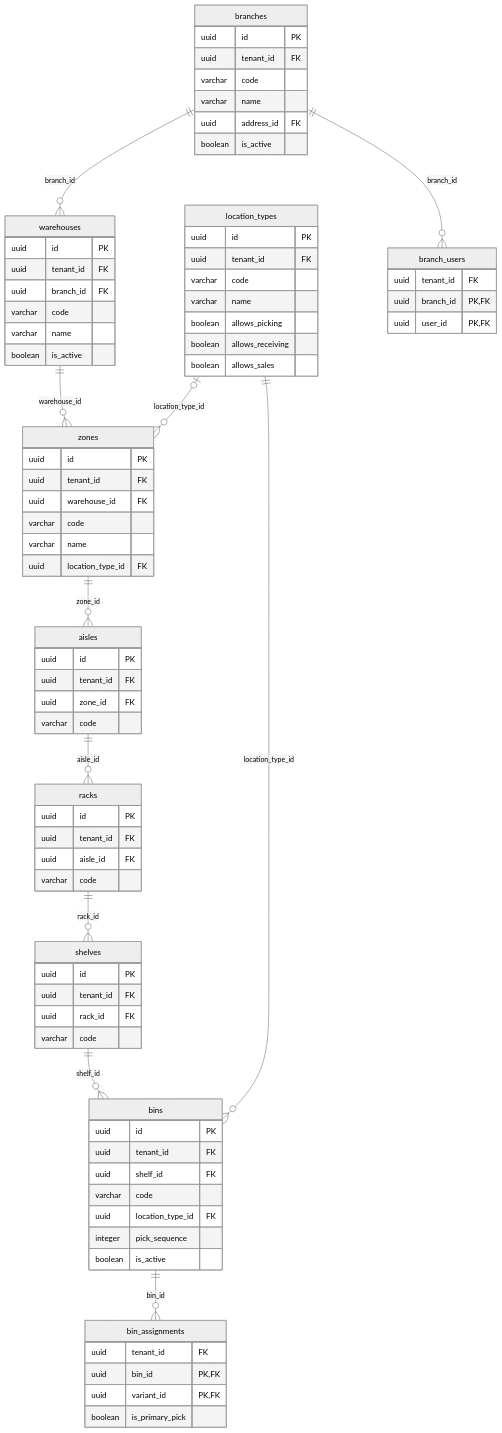
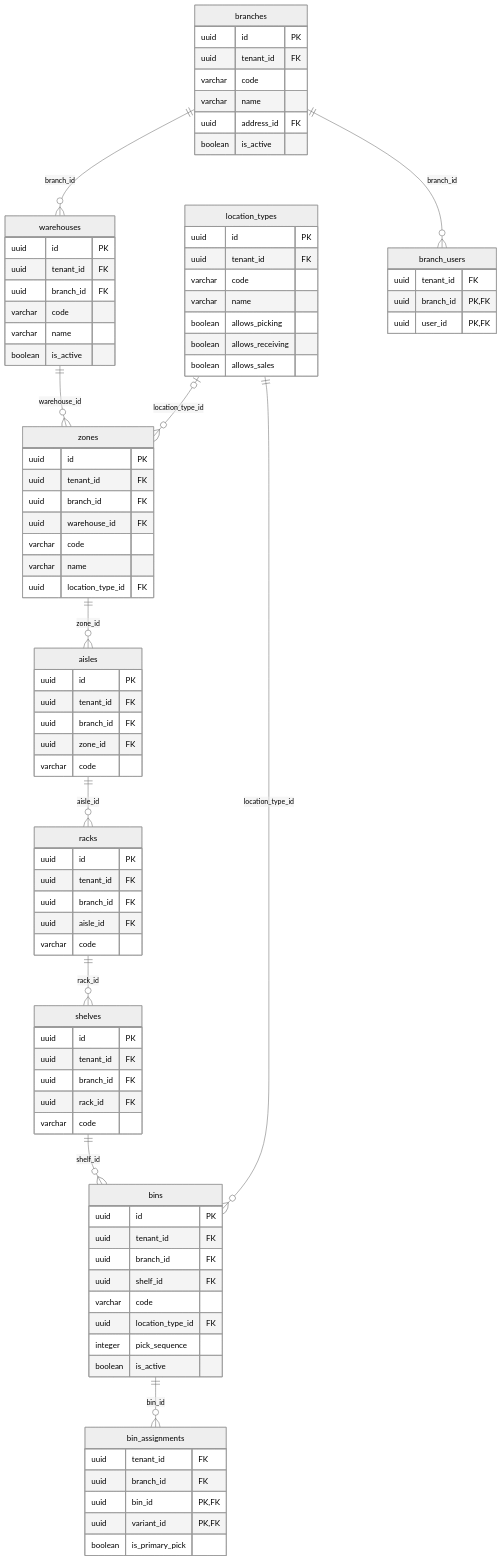
Before and after one commit to ZPSoftwareFastSolutions/ZP-MINV-Platform: the third of 8 diagrams in docs/database/ERD-MINV-V3.md, drawn with Mermaid (neutral theme). The commit also changed other lines of this file and 261 other files, not shown here.

```diff
--- a/docs/database/ERD-MINV-V3.md
+++ b/docs/database/ERD-MINV-V3.md
@@ -426,6 +464,7 @@
     zones {
         uuid id PK
         uuid tenant_id FK
+        uuid branch_id FK
         uuid warehouse_id FK
         varchar code
         varchar name
@@ -434,24 +473,28 @@
     aisles {
         uuid id PK
         uuid tenant_id FK
+        uuid branch_id FK
         uuid zone_id FK
         varchar code
     }
     racks {
         uuid id PK
         uuid tenant_id FK
+        uuid branch_id FK
         uuid aisle_id FK
         varchar code
     }
     shelves {
         uuid id PK
         uuid tenant_id FK
+        uuid branch_id FK
         uuid rack_id FK
         varchar code
     }
     bins {
         uuid id PK
         uuid tenant_id FK
+        uuid branch_id FK
         uuid shelf_id FK
         varchar code
         uuid location_type_id FK
@@ -465,6 +508,7 @@
     }
     bin_assignments {
         uuid tenant_id FK
+        uuid branch_id FK
         uuid bin_id PK, FK
         uuid variant_id PK, FK
         boolean is_primary_pick
```
